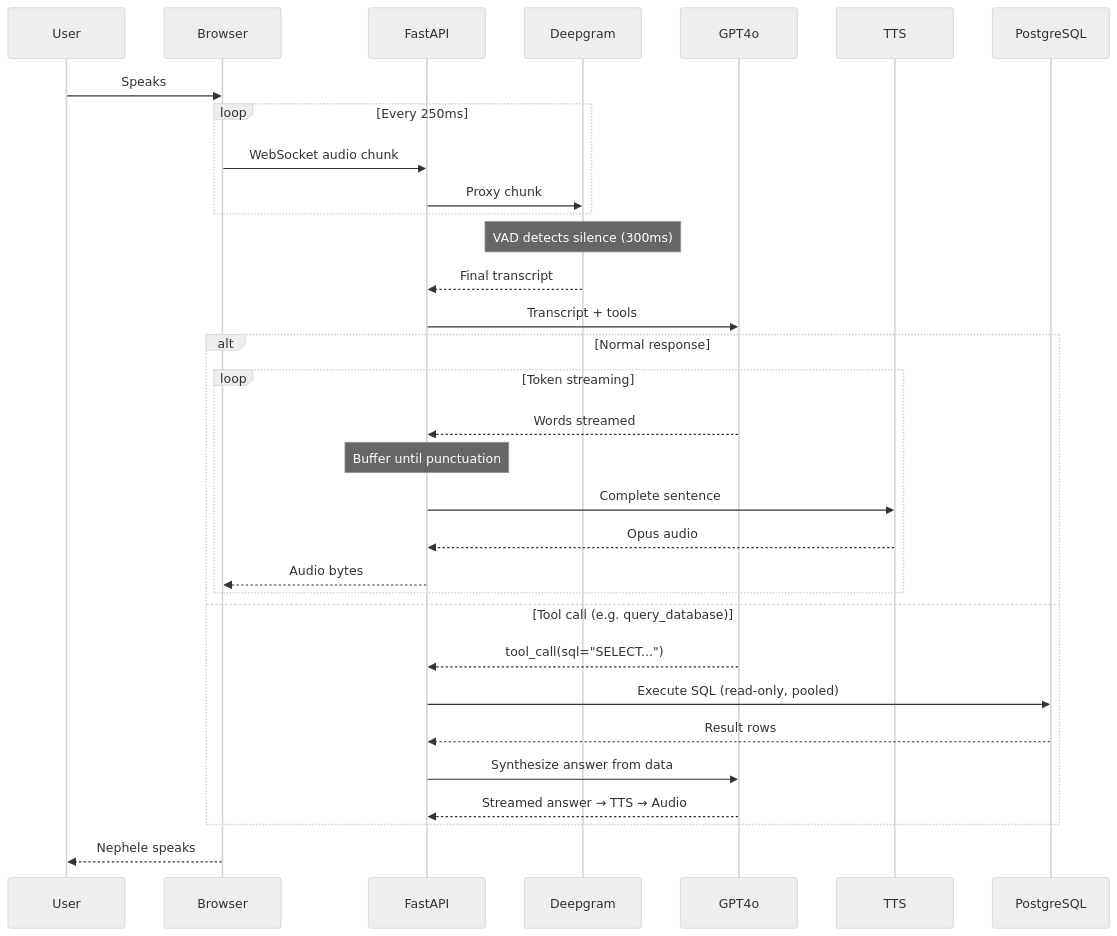
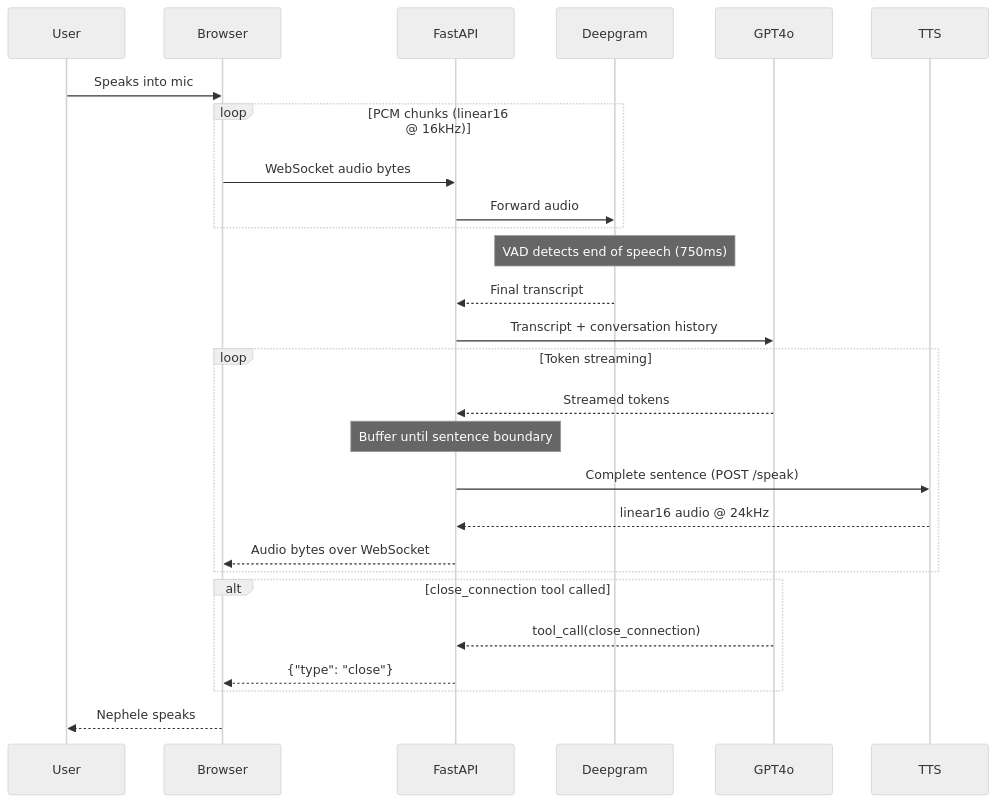
Before and after one commit to codesbysaravana/nephele_production: the diagram in README.md, drawn with Mermaid (neutral theme). The commit also changed other lines of this file and 79 other files, not shown here.

````diff
--- a/README.md
+++ b/README.md
@@ -247,38 +43,34 @@
 ```mermaid
 sequenceDiagram
     participant User
     participant Browser
     participant FastAPI
     participant Deepgram
     participant GPT4o
     participant TTS
 
-    User->>Browser: Speaks
-    loop Every 250ms
-        Browser->>FastAPI: WebSocket audio chunk
-        FastAPI->>Deepgram: Proxy chunk
+    User->>Browser: Speaks into mic
+    loop PCM chunks (linear16 @ 16kHz)
+        Browser->>FastAPI: WebSocket audio bytes
+        FastAPI->>Deepgram: Forward audio
     end
 
-    Note over Deepgram: VAD detects silence (300ms)
+    Note over Deepgram: VAD detects end of speech (750ms)
     Deepgram-->>FastAPI: Final transcript
 
-    FastAPI->>GPT4o: Transcript + tools
-    
-    alt Normal response
-        loop Token streaming
-            GPT4o-->>FastAPI: Words streamed
-            Note over FastAPI: Buffer until punctuation
-            FastAPI->>TTS: Complete sentence
-            TTS-->>FastAPI: Opus audio
-            FastAPI-->>Browser: Audio bytes
-        end
-    else Tool call (e.g. query_database)
-        GPT4o-->>FastAPI: tool_call(sql="SELECT...")
-        FastAPI->>PostgreSQL: Execute SQL (read-only, pooled)
-        PostgreSQL-->>FastAPI: Result rows
-        FastAPI->>GPT4o: Synthesize answer from data
-        GPT4o-->>FastAPI: Streamed answer → TTS → Audio
+    FastAPI->>GPT4o: Transcript + conversation history
+    loop Token streaming
+        GPT4o-->>FastAPI: Streamed tokens
+        Note over FastAPI: Buffer until sentence boundary
+        FastAPI->>TTS: Complete sentence (POST /speak)
+        TTS-->>FastAPI: linear16 audio @ 24kHz
+        FastAPI-->>Browser: Audio bytes over WebSocket
+    end
+
+    alt close_connection tool called
+        GPT4o-->>FastAPI: tool_call(close_connection)
+        FastAPI-->>Browser: {"type": "close"}
     end
 
     Browser-->>User: Nephele speaks
 ```
````
